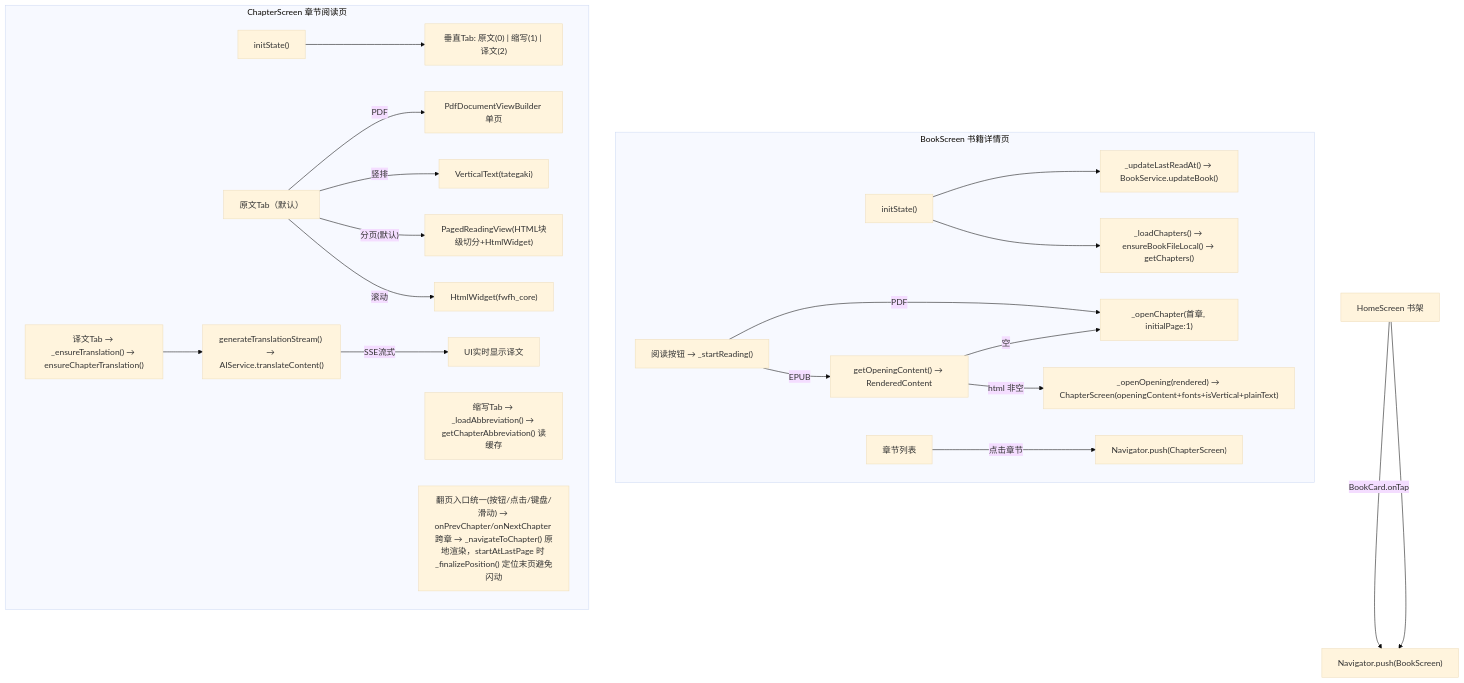
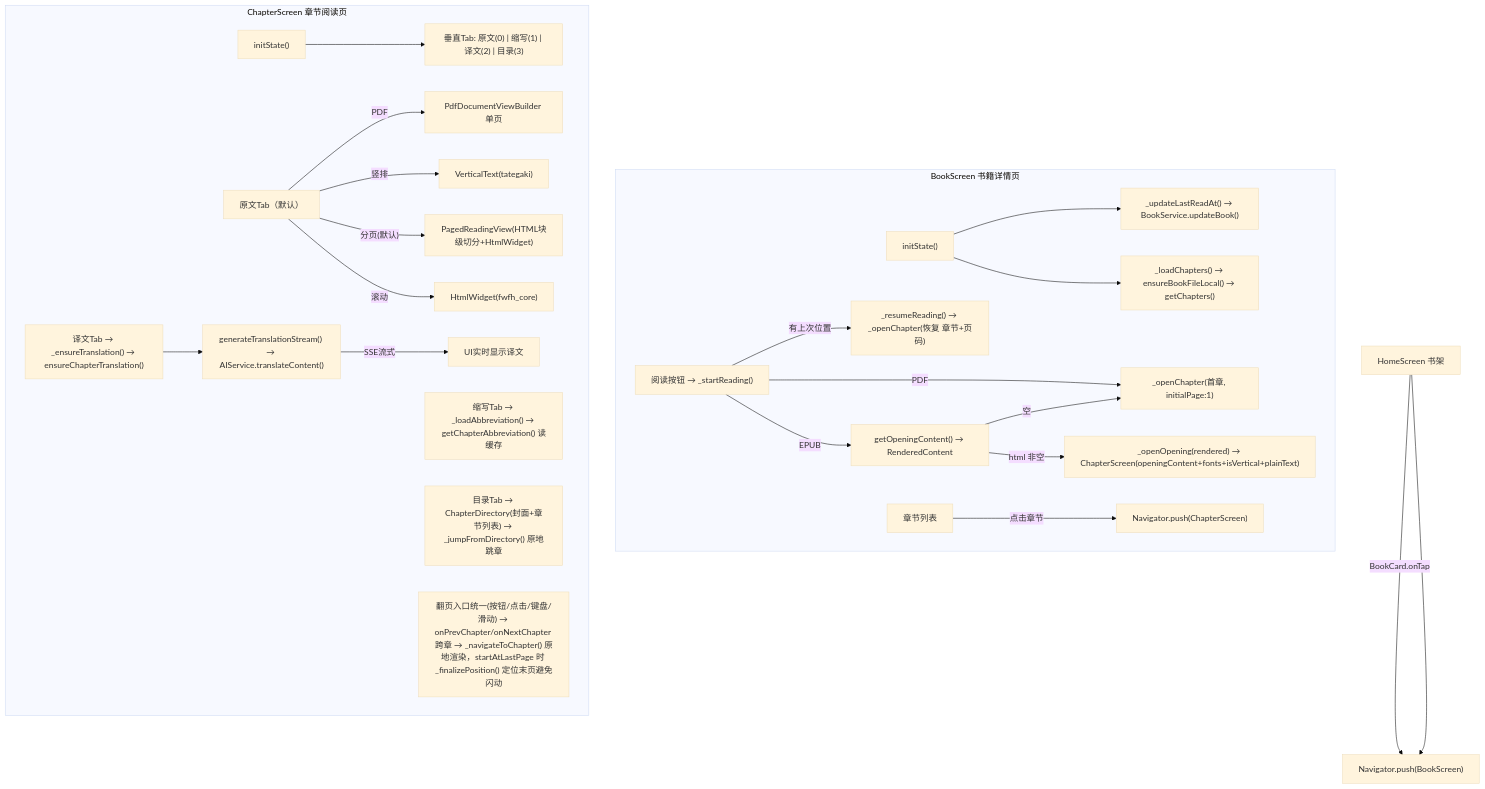
Before and after one commit to jjzhang2000/zhidu: the third of 11 diagrams in docs/function_call_relationships_visual.md, drawn with Mermaid (base theme). The commit also changed other lines of this file and 9 other files, not shown here.

First line of the commit message:
feat(reading): 章节续读、目录 Tab 与翻页统一，修复分页定位闪动

````diff
--- a/docs/function_call_relationships_visual.md
+++ b/docs/function_call_relationships_visual.md
@@ -156,32 +156,34 @@
 ```mermaid
 flowchart TD
     HOME["HomeScreen 书架"] --> |"BookCard.onTap"| BOOK_SCREEN["Navigator.push(BookScreen)"]
 
     subgraph "BookScreen 书籍详情页"
         BS_INIT["initState()"] --> LU["_updateLastReadAt() → BookService.updateBook()"]
         BS_INIT --> EL["_loadChapters() → ensureBookFileLocal() → getChapters()"]
         READ["阅读按钮 → _startReading()"]
+        READ --> |"有上次位置"| RESUME["_resumeReading() → _openChapter(恢复 章节+页码)"]
         READ --> |"PDF"| OPEN1["_openChapter(首章, initialPage:1)"]
         READ --> |"EPUB"| OPEN2["getOpeningContent() → RenderedContent"]
         OPEN2 --> |"html 非空"| OPEN3["_openOpening(rendered) → ChapterScreen(openingContent+fonts+isVertical+plainText)"]
         OPEN2 --> |"空"| OPEN1
         CHAPTER_LIST["章节列表"] --> |"点击章节"| CHAPTER_SCREEN["Navigator.push(ChapterScreen)"]
     end
 
     subgraph "ChapterScreen 章节阅读页"
-        CS_INIT["initState()"] --> TAB["垂直Tab: 原文(0) | 缩写(1) | 译文(2)"]
+        CS_INIT["initState()"] --> TAB["垂直Tab: 原文(0) | 缩写(1) | 译文(2) | 目录(3)"]
         TAB_ORIG["原文Tab（默认）"]
         TAB_ORIG --> |"PDF"| ORIG_PDF["PdfDocumentViewBuilder 单页"]
         TAB_ORIG --> |"竖排"| ORIG_VERT["VerticalText(tategaki)"]
         TAB_ORIG --> |"分页(默认)"| ORIG_PAGE["PagedReadingView(HTML块级切分+HtmlWidget)"]
         TAB_ORIG --> |"滚动"| ORIG_SCROLL["HtmlWidget(fwfh_core)"]
         TAB_ABBR["缩写Tab → _loadAbbreviation() → getChapterAbbreviation() 读缓存"]
         TAB_TRANS["译文Tab → _ensureTranslation() → ensureChapterTranslation()"]
+        TAB_TOC["目录Tab → ChapterDirectory(封面+章节列表) → _jumpFromDirectory() 原地跳章"]
         NAV["翻页入口统一(按钮/点击/键盘/滑动) → onPrevChapter/onNextChapter 跨章 → _navigateToChapter() 原地渲染，startAtLastPage 时 _finalizePosition() 定位末页避免闪动"]
 
         TAB_TRANS --> TRANS["generateTranslationStream() → AIService.translateContent()"]
         TRANS --> |"SSE流式"| TRANS_UI["UI实时显示译文"]
     end
 
     HOME --> BOOK_SCREEN
 ```
````
